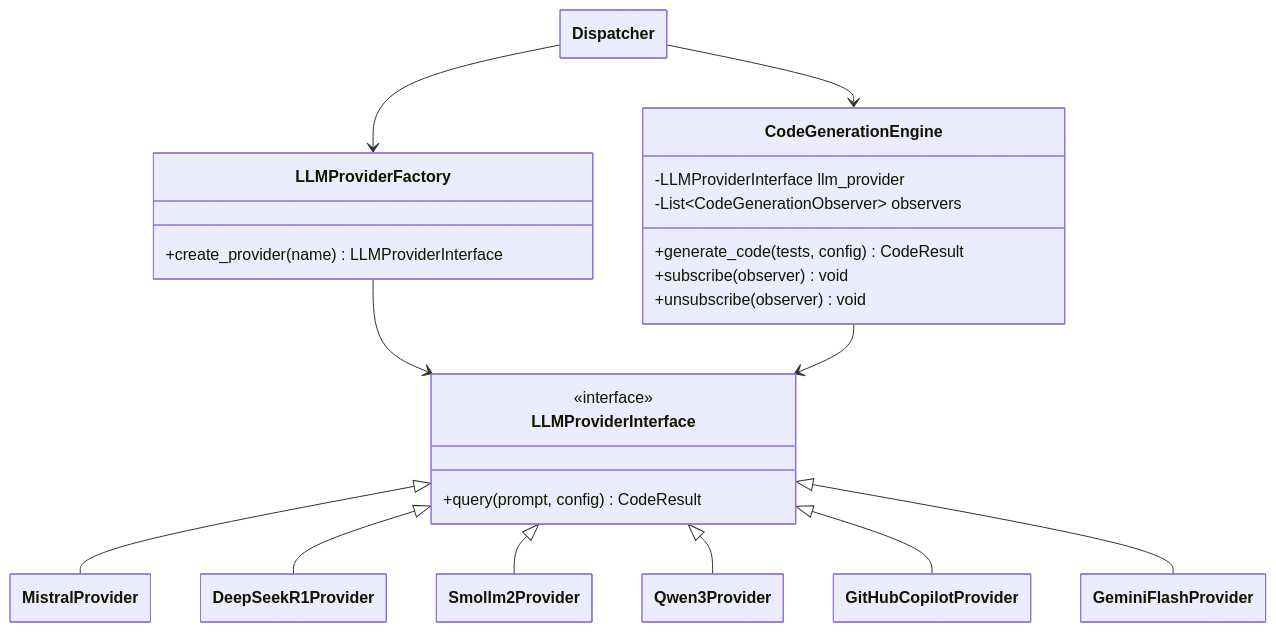
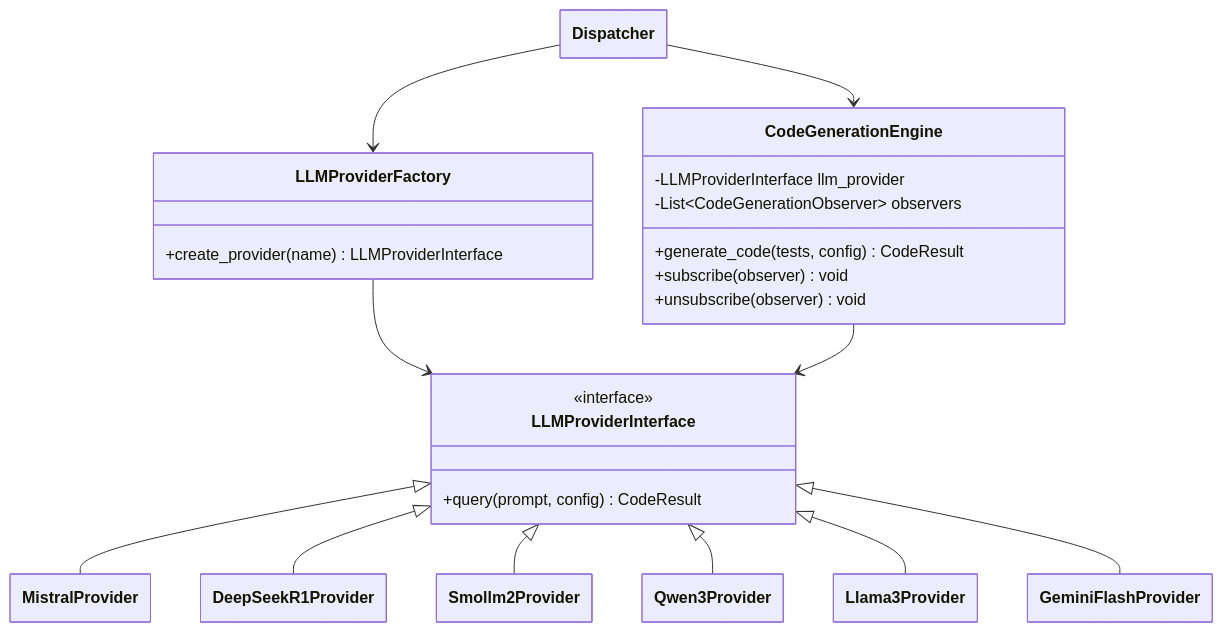
Before and after one commit to FilippoGurioli/test-2-code-llm: the fifth of 7 diagrams in docs/design.md, drawn with Mermaid. The commit also changed 6 other files, not shown here.

````diff
--- a/docs/design.md
+++ b/docs/design.md
@@ -175,33 +175,33 @@
 ```mermaid
 ---
   config:
     class:
       hideEmptyMembersBox: true
 ---
 classDiagram
     class CodeGenerationEngine {
         -LLMProviderInterface llm_provider
         -List~CodeGenerationObserver~ observers
         +generate_code(tests, config) CodeResult
         +subscribe(observer) void
         +unsubscribe(observer) void
     }
     class LLMProviderInterface {
         <<interface>>
         +query(prompt, config) CodeResult
     }
     class LLMProviderFactory {
         +create_provider(name) LLMProviderInterface
     }
     class Dispatcher {}
     Dispatcher --> CodeGenerationEngine
     Dispatcher --> LLMProviderFactory
     LLMProviderFactory --> LLMProviderInterface
     CodeGenerationEngine --> LLMProviderInterface
     LLMProviderInterface <|-- MistralProvider
     LLMProviderInterface <|-- DeepSeekR1Provider
     LLMProviderInterface <|-- Smollm2Provider
     LLMProviderInterface <|-- Qwen3Provider
-    LLMProviderInterface <|-- GitHubCopilotProvider
+    LLMProviderInterface <|-- Llama3Provider
     LLMProviderInterface <|-- GeminiFlashProvider
 ```
````
